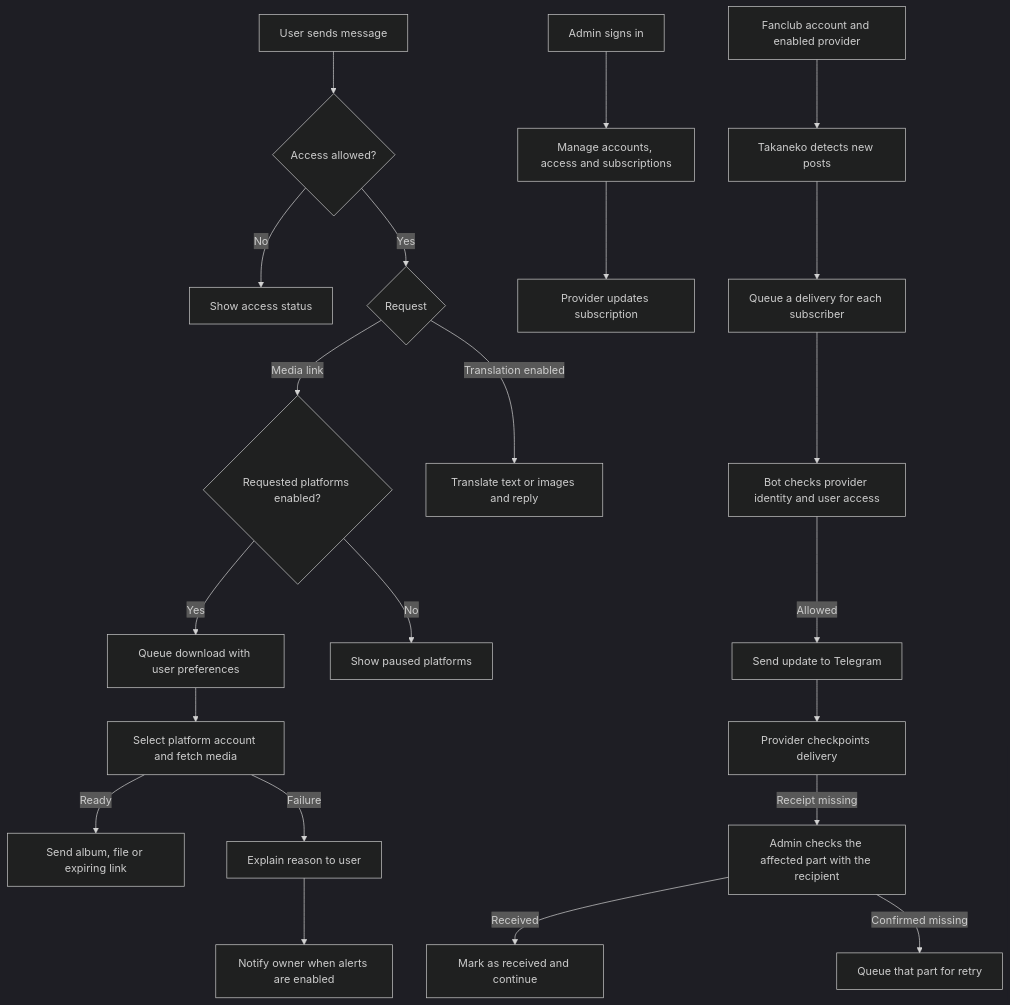
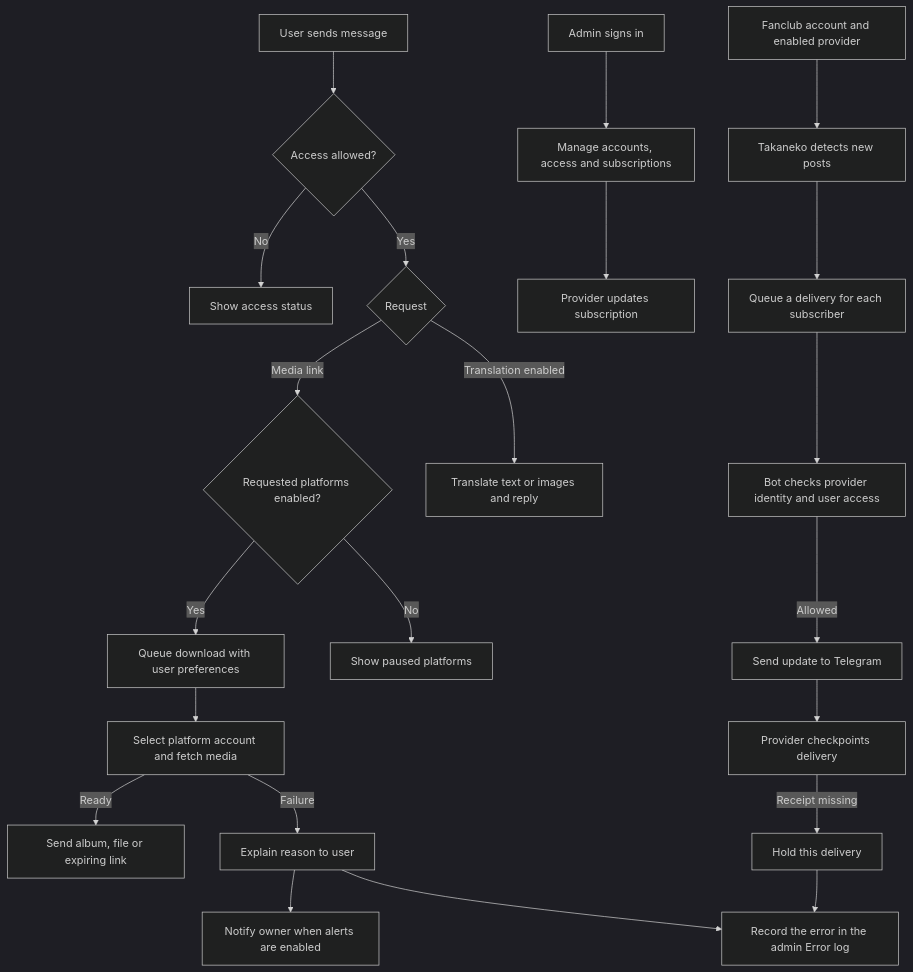
Before and after one commit to Senachi124/TelegramSocialDownloader: the diagram in README.md, drawn with Mermaid (dark theme). The commit also changed other lines of this file and 22 other files, not shown here.

````diff
--- a/README.md
+++ b/README.md
@@ -32,24 +33,24 @@
 ```mermaid
 flowchart TD
     A[User sends message] --> B{Access allowed?}
     B -->|No| C[Show access status]
     B -->|Yes| D{Request}
     D -->|Media link| V{Requested platforms enabled?}
     V -->|Yes| E[Queue download with user preferences]
     V -->|No| W[Show paused platforms]
     E --> F[Select platform account and fetch media]
     F -->|Ready| G[Send album, file or expiring link]
     F -->|Failure| H[Explain reason to user]
     H --> I[Notify owner when alerts are enabled]
     D -->|Translation enabled| J[Translate text or images and reply]
     K[Admin signs in] --> L[Manage accounts, access and subscriptions]
     L --> M[Provider updates subscription]
     T[Fanclub account and enabled provider] --> N[Takaneko detects new posts]
     N --> O[Queue a delivery for each subscriber]
     O --> P[Bot checks provider identity and user access]
     P -->|Allowed| Q[Send update to Telegram]
     Q --> R[Provider checkpoints delivery]
-    R -->|Receipt missing| S[Admin checks the affected part with the recipient]
-    S -->|Received| U[Mark as received and continue]
-    S -->|Confirmed missing| V2[Queue that part for retry]
+    R -->|Receipt missing| S[Hold this delivery]
+    S --> X[Record the error in the admin Error log]
+    H --> X
 ```
````
